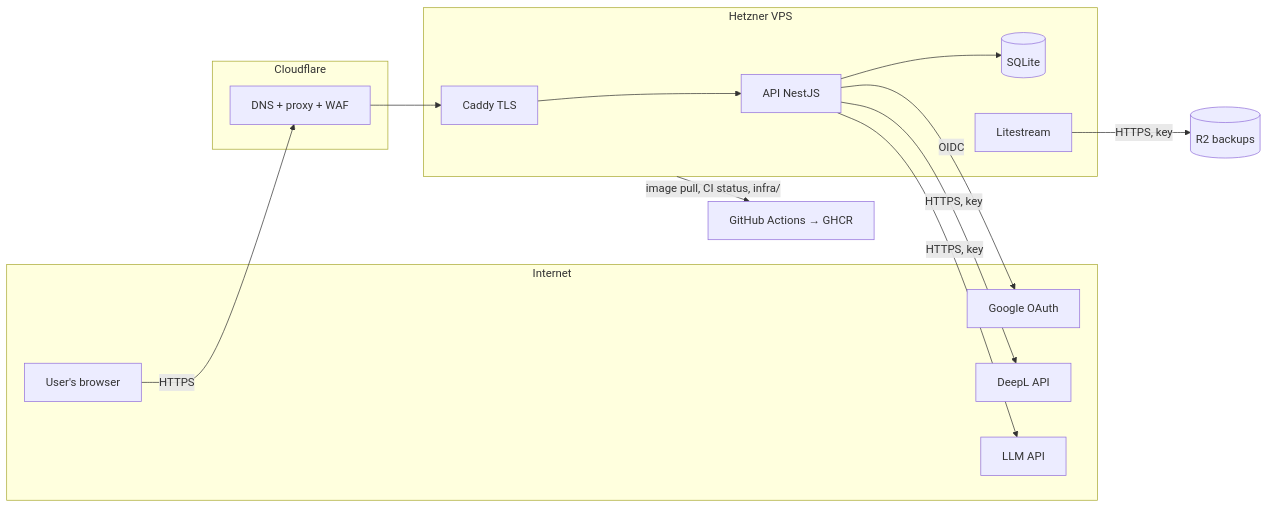
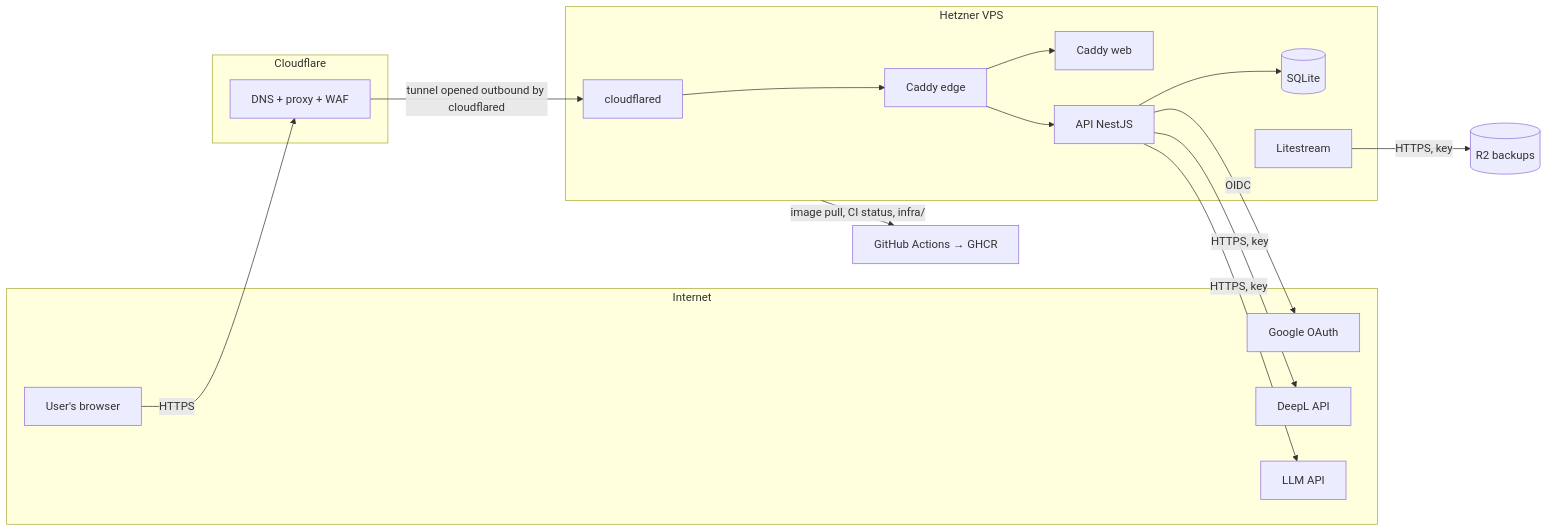
Before and after one commit to sergei-solonitcyn/barbro-docs: the diagram in threat-model.md, drawn with Mermaid. The commit also changed other lines of this file and 5 other files, not shown here.

````diff
--- a/threat-model.md
+++ b/threat-model.md
@@ -21,26 +21,29 @@
 ```mermaid
 flowchart LR
   subgraph internet[Internet]
     U[User's browser]
     G[Google OAuth]
     D[DeepL API]
     L[LLM API]
   end
   subgraph cf[Cloudflare]
     P[DNS + proxy + WAF]
   end
   subgraph vps[Hetzner VPS]
-    C[Caddy TLS]
+    T[cloudflared]
+    E[Caddy edge]
+    W[Caddy web]
     A[API NestJS]
     S[(SQLite)]
     B[Litestream]
   end
   R[(R2 backups)]
   GH[GitHub Actions → GHCR]
-  U -->|HTTPS| P --> C --> A --> S
+  U -->|HTTPS| P -->|tunnel opened outbound by cloudflared| T --> E --> A --> S
+  E --> W
   A -->|OIDC| G
   A -->|HTTPS, key| D
   A -->|HTTPS, key| L
   B -->|HTTPS, key| R
   vps -->| image pull, CI status, infra/|GH
 ```
````
